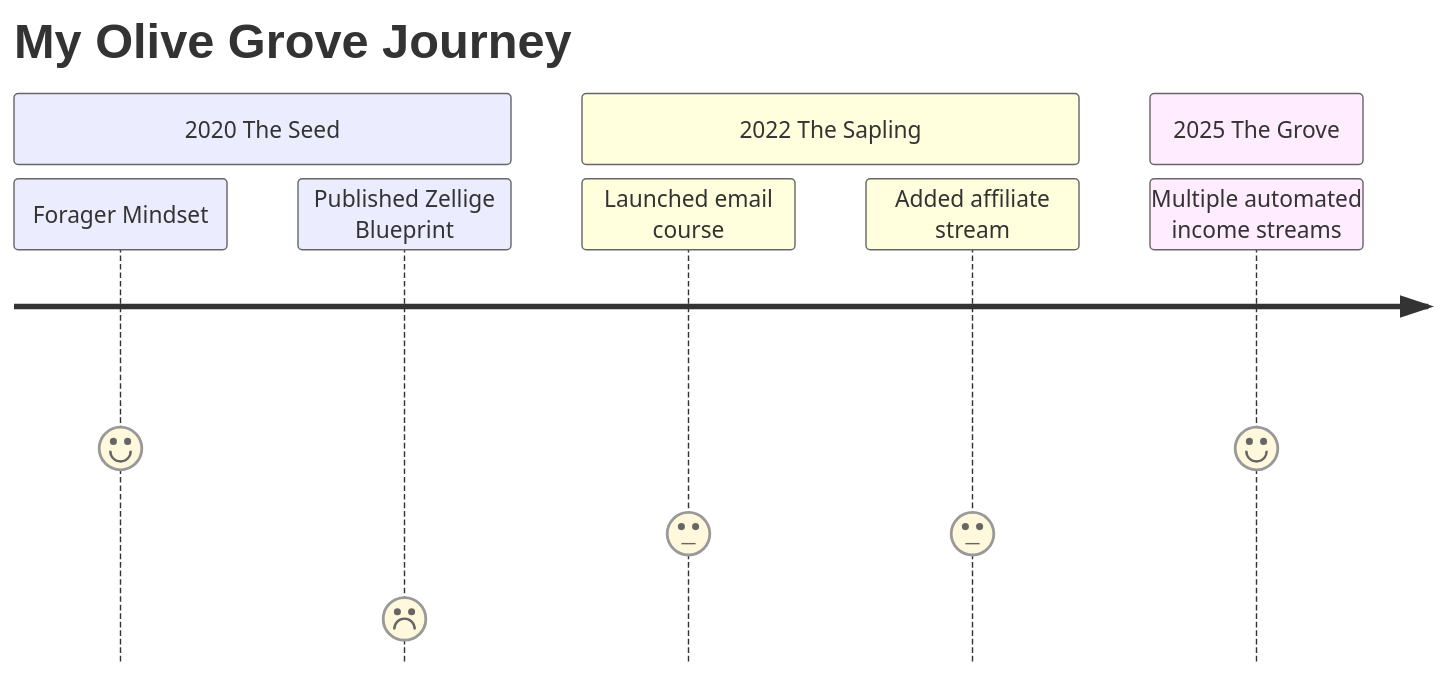
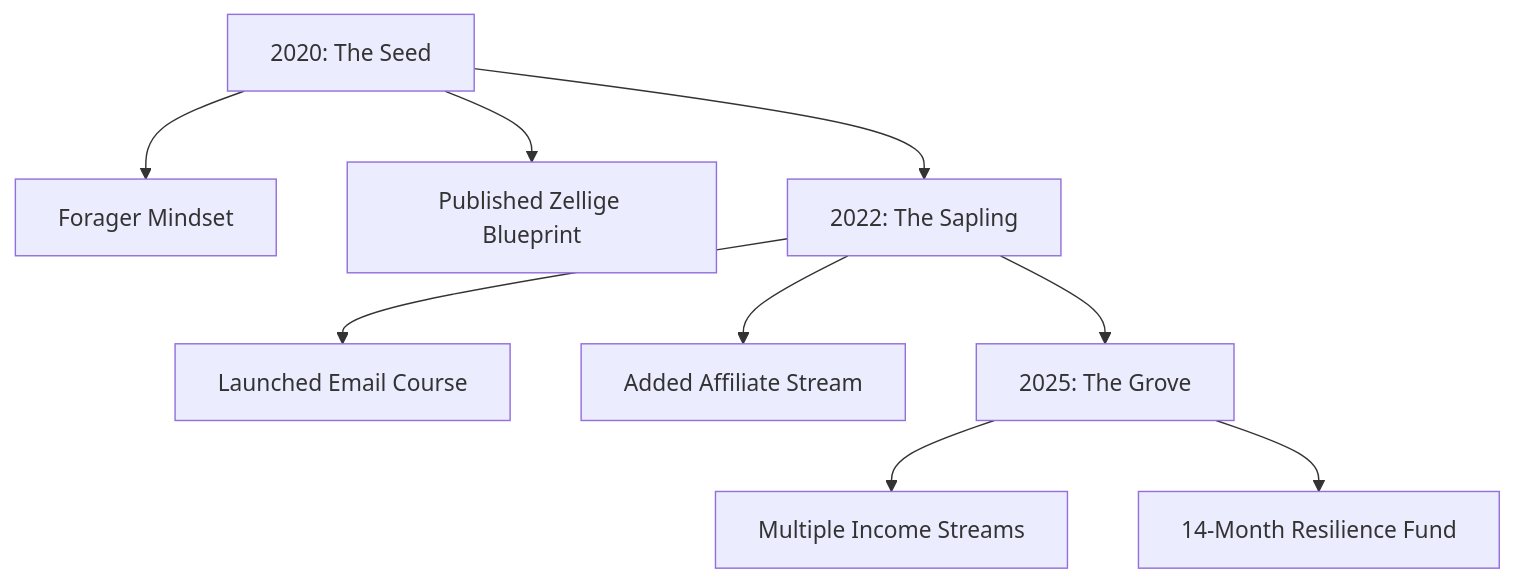
One commit to salahnomad/salahnomad.github.io changed the second of 2 diagrams in content/money-freedom/olive-grove-economy/index.md. Above: the diagram before and after it, drawn with Mermaid. The commit also changed other lines of this file and 1 other file, not shown here.

```diff
--- a/content/money-freedom/olive-grove-economy/index.md
+++ b/content/money-freedom/olive-grove-economy/index.md
@@ -233,12 +150,13 @@
 {{< mermaid >}}
-journey
-    title My Olive Grove Journey
-    section 2020 The Seed
-        Forager Mindset: 5
-        Published Zellige Blueprint: 1
-    section 2022 The Sapling
-        Launched email course: 3
-        Added affiliate stream: 3
-    section 2025 The Grove
-        Multiple automated income streams: 5
+graph TD
+    A[2020: The Seed] --> B[Forager Mindset]
+    A --> C[Published Zellige Blueprint]
+    
+    D[2022: The Sapling] --> E[Launched Email Course]
+    D --> F[Added Affiliate Stream]
+    
+    G[2025: The Grove] --> H[Multiple Income Streams]
+    G --> I[14-Month Resilience Fund]
+    
+    A --> D --> G
 {{< /mermaid >}}
```
